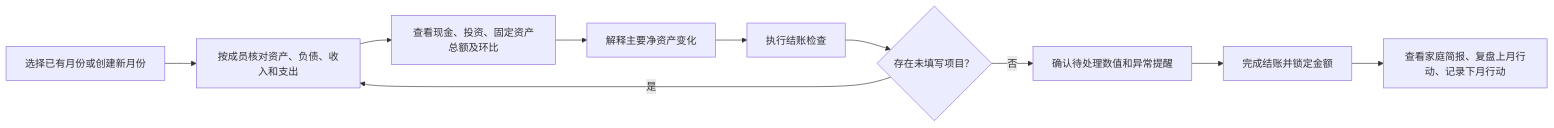
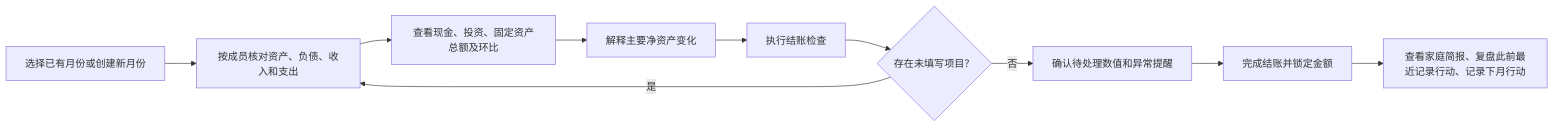
The diagram in UX_INTERACTION.md (Gexiansen/MyProject), drawn with Mermaid before and after one commit. The commit also changed other lines of this file and 3 other files, not shown here.

````diff
--- a/UX_INTERACTION.md
+++ b/UX_INTERACTION.md
@@ -118,12 +123,12 @@
 ```mermaid
 flowchart LR
     A["选择已有月份或创建新月份"] --> B["按成员核对资产、负债、收入和支出"]
     B --> C["查看现金、投资、固定资产总额及环比"]
     C --> D["解释主要净资产变化"]
     D --> E["执行结账检查"]
     E --> F{"存在未填写项目？"}
     F -- "是" --> B
     F -- "否" --> G["确认待处理数值和异常提醒"]
     G --> H["完成结账并锁定金额"]
-    H --> I["查看家庭简报、复盘上月行动、记录下月行动"]
+    H --> I["查看家庭简报、复盘此前最近记录行动、记录下月行动"]
 ```
````
